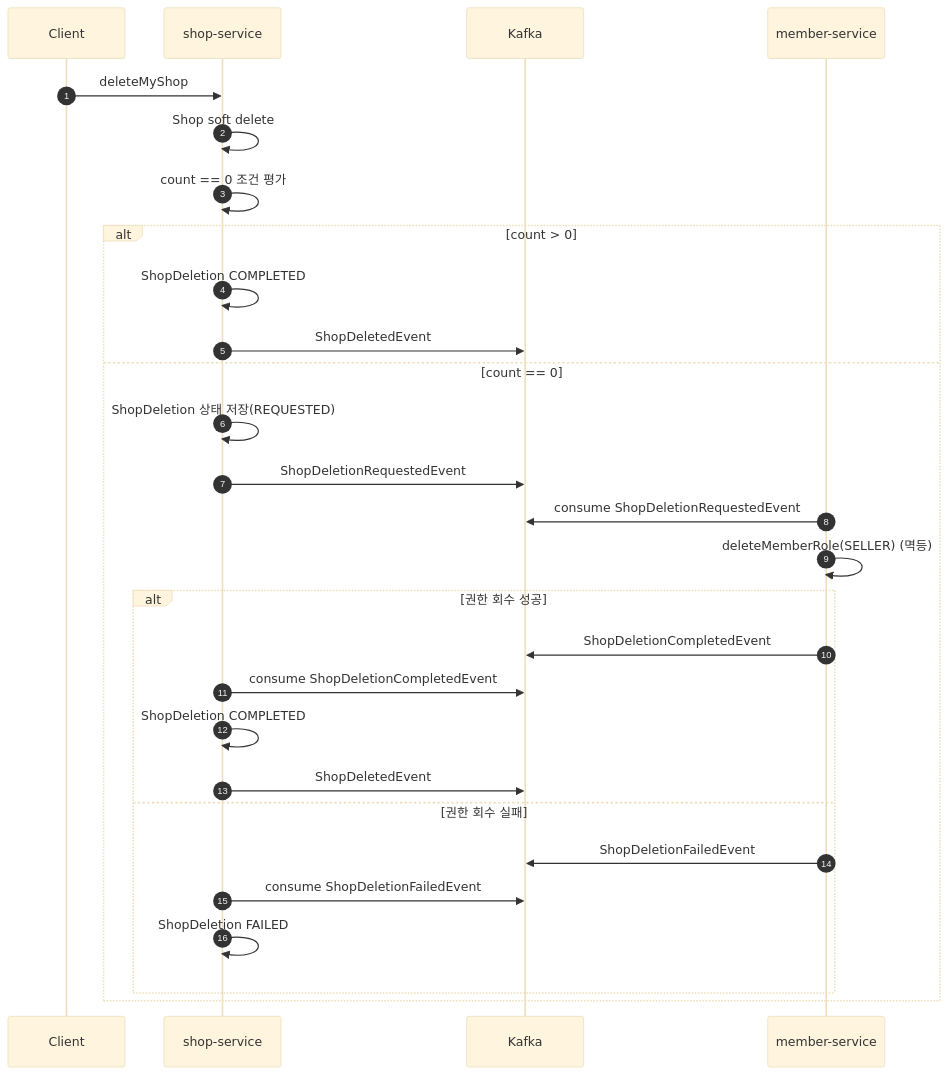
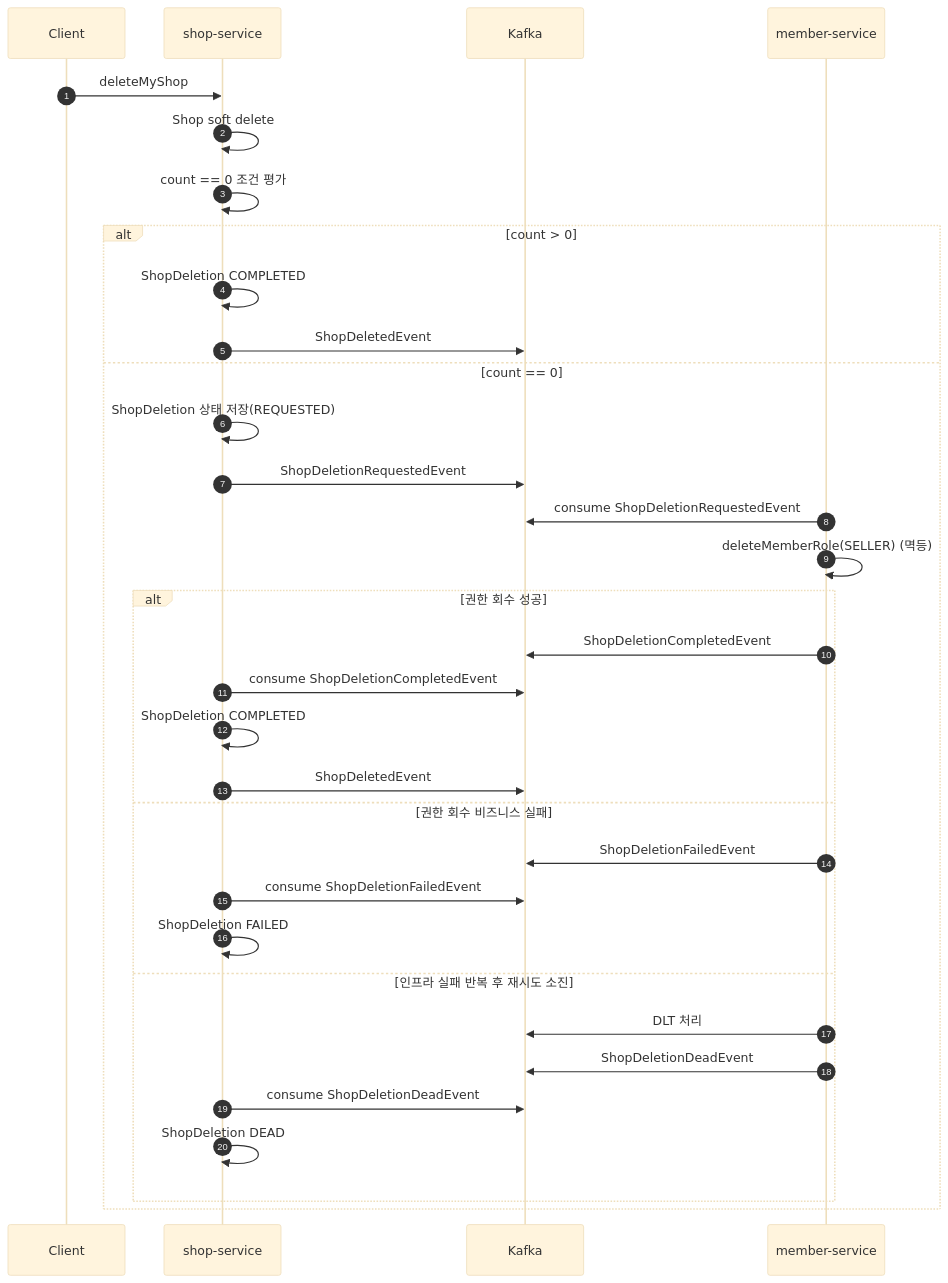
One commit to 95twan/myroutine changed the diagram in shop-service/docs/shop_delete_saga_design.md. Above: the diagram before and after it, drawn with Mermaid (base theme). The commit also changed other lines of this file and 1 other file, not shown here.

Commit message:
docs: 설계 문서 재시도 및 DLT 반영

````diff
--- a/shop-service/docs/shop_delete_saga_design.md
+++ b/shop-service/docs/shop_delete_saga_design.md
@@ -142,31 +150,36 @@
 ```mermaid
 sequenceDiagram
     autonumber
     participant C as Client
     participant S as shop-service
     participant K as Kafka
     participant M as member-service
 
     C->>S: deleteMyShop
     S->>S: Shop soft delete
     S->>S: count == 0 조건 평가
     alt count > 0
         S->>S: ShopDeletion COMPLETED
         S->>K: ShopDeletedEvent
     else count == 0
         S->>S: ShopDeletion 상태 저장(REQUESTED)
         S->>K: ShopDeletionRequestedEvent
         M->>K: consume ShopDeletionRequestedEvent
         M->>M: deleteMemberRole(SELLER) (멱등)
         alt 권한 회수 성공
             M->>K: ShopDeletionCompletedEvent
             S->>K: consume ShopDeletionCompletedEvent
             S->>S: ShopDeletion COMPLETED
             S->>K: ShopDeletedEvent
-        else 권한 회수 실패
+        else 권한 회수 비즈니스 실패
             M->>K: ShopDeletionFailedEvent
             S->>K: consume ShopDeletionFailedEvent
             S->>S: ShopDeletion FAILED
+        else 인프라 실패 반복 후 재시도 소진
+            M->>K: DLT 처리
+            M->>K: ShopDeletionDeadEvent
+            S->>K: consume ShopDeletionDeadEvent
+            S->>S: ShopDeletion DEAD
         end
     end
 ```
````
